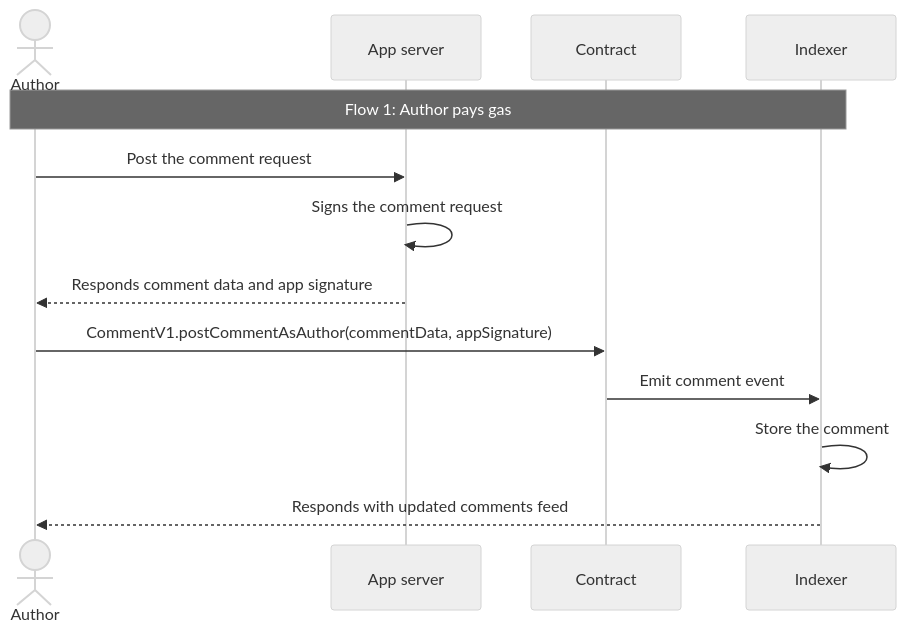
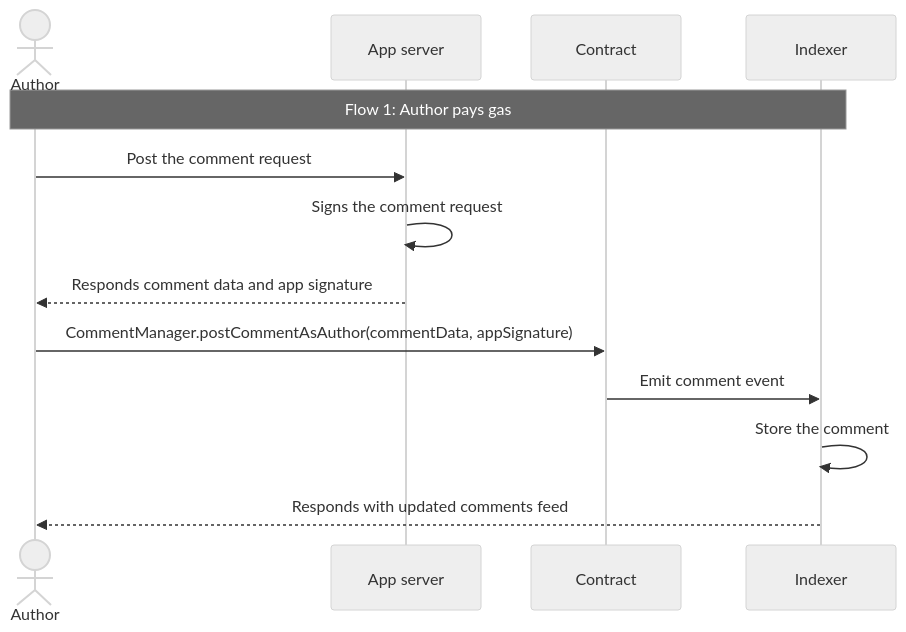
One commit to ecp-eth/comments-monorepo changed the first of 3 diagrams in docs/pages/post-comment-flows.mdx. Above: the diagram before and after it, drawn with Mermaid (neutral theme). The commit also changed other lines of this file and 192 other files, not shown here.

````diff
--- a/docs/pages/post-comment-flows.mdx
+++ b/docs/pages/post-comment-flows.mdx
@@ -18,17 +18,17 @@
 ```mermaid
 sequenceDiagram
     actor Author
     participant App server
     participant Contract
     participant Indexer
 
     %% Flow 1: Author pays gas
     Note over Author,Indexer: Flow 1: Author pays gas
     Author->>App server: Post the comment request
     App server->>App server: Signs the comment request
     App server-->>Author: Responds comment data and app signature
-    Author->>Contract: CommentV1.postCommentAsAuthor(commentData, appSignature)
+    Author->>Contract: CommentManager.postCommentAsAuthor(commentData, appSignature)
     Contract->>Indexer: Emit comment event
     Indexer->>Indexer: Store the comment
     Indexer-->>Author: Responds with updated comments feed
 ```
````
